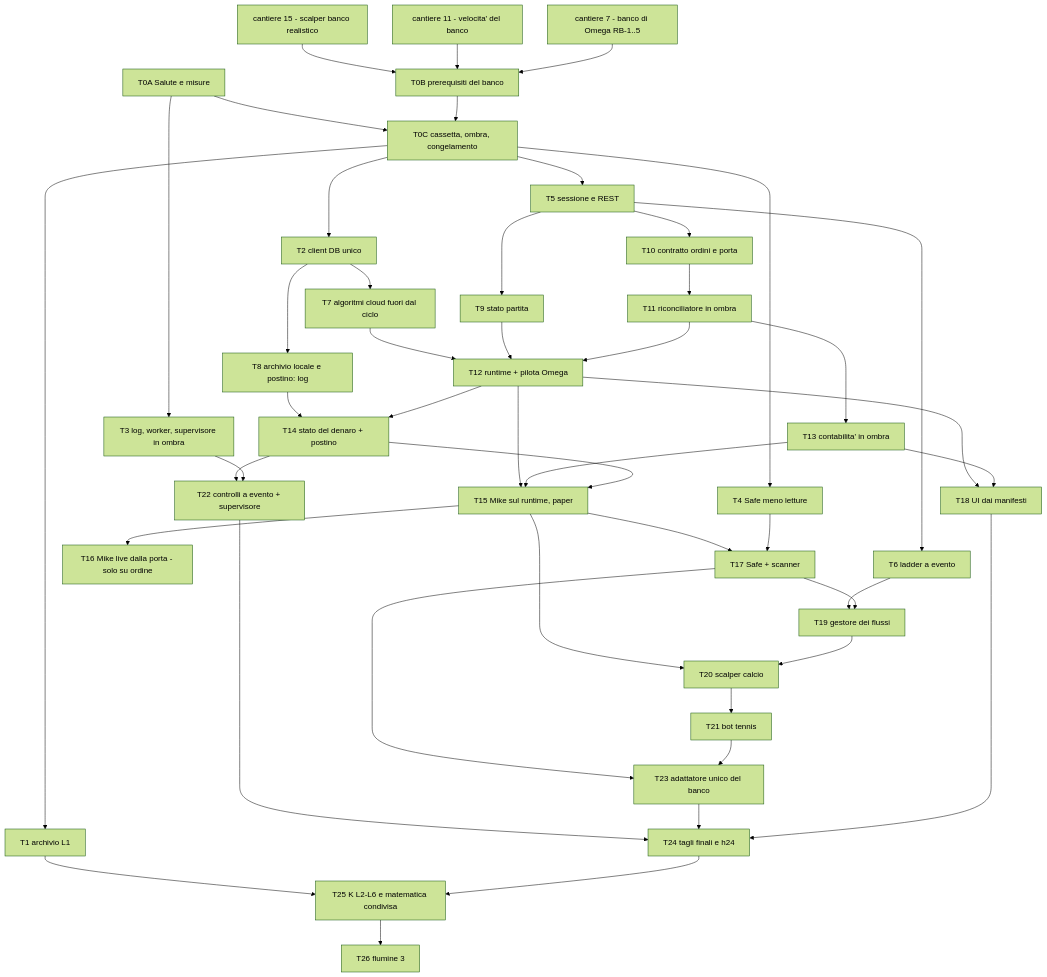
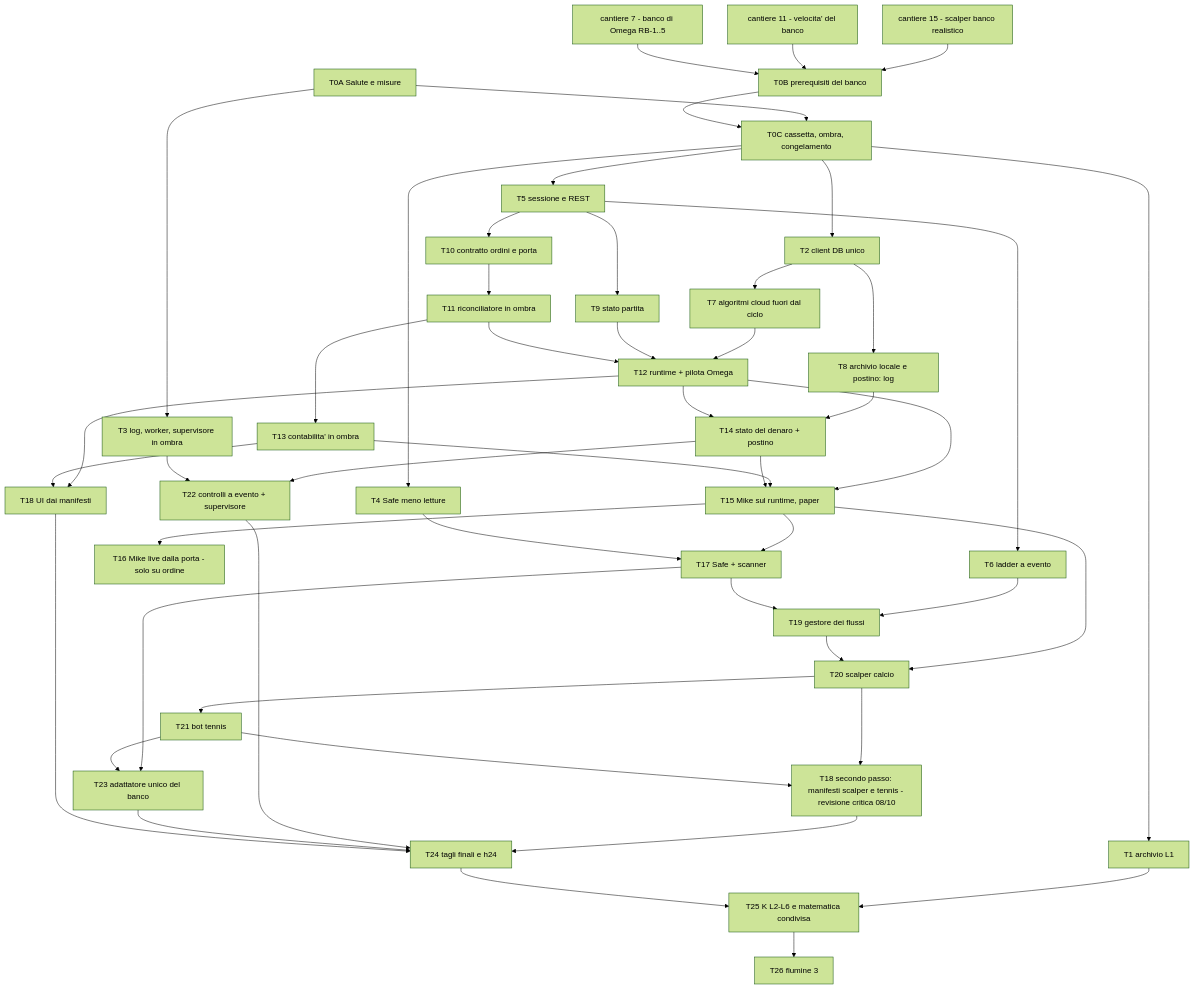
Before and after one commit to Dani91x/python-database-automation: the diagram in ARCHITETTURA_2026-10/05_PIANO_DI_MIGRAZIONE.md, drawn with Mermaid (forest theme). The commit also changed other lines of this file and 10 other files, not shown here.

Commit message:
docs(architettura): revisione critica 08 (24 rilievi, U-80..U-86), completezza tabella per tabella in G

````diff
--- a/ARCHITETTURA_2026-10/05_PIANO_DI_MIGRAZIONE.md
+++ b/ARCHITETTURA_2026-10/05_PIANO_DI_MIGRAZIONE.md
@@ -657,48 +697,51 @@
 ```mermaid
 graph TD
   C15[cantiere 15 - scalper banco realistico] --> T0B
   C11[cantiere 11 - velocita' del banco] --> T0B
   C7[cantiere 7 - banco di Omega RB-1..5] --> T0B
   T0A[T0A Salute e misure] --> T0C
   T0B[T0B prerequisiti del banco] --> T0C[T0C cassetta, ombra, congelamento]
   T0C --> T1[T1 archivio L1]
   T0C --> T2[T2 client DB unico]
   T0A --> T3[T3 log, worker, supervisore in ombra]
   T0C --> T4[T4 Safe meno letture]
   T0C --> T5[T5 sessione e REST]
   T5 --> T6[T6 ladder a evento]
   T2 --> T7[T7 algoritmi cloud fuori dal ciclo]
   T2 --> T8[T8 archivio locale e postino: log]
   T5 --> T9[T9 stato partita]
   T5 --> T10[T10 contratto ordini e porta]
   T10 --> T11[T11 riconciliatore in ombra]
   T7 --> T12[T12 runtime + pilota Omega]
   T9 --> T12
   T11 --> T12
   T11 --> T13[T13 contabilita' in ombra]
   T8 --> T14[T14 stato del denaro + postino]
   T12 --> T14
   T12 --> T15[T15 Mike sul runtime, paper]
   T13 --> T15
   T14 --> T15
   T15 --> T16[T16 Mike live dalla porta - solo su ordine]
   T15 --> T17[T17 Safe + scanner]
   T4 --> T17
   T12 --> T18[T18 UI dai manifesti]
   T13 --> T18
+  T20 --> T18b[T18 secondo passo: manifesti scalper e tennis - revisione critica 08/10]
+  T21 --> T18b
+  T18b --> T24
   T6 --> T19[T19 gestore dei flussi]
   T17 --> T19
   T15 --> T20[T20 scalper calcio]
   T19 --> T20
   T20 --> T21[T21 bot tennis]
   T14 --> T22[T22 controlli a evento + supervisore]
   T3 --> T22
   T17 --> T23[T23 adattatore unico del banco]
   T21 --> T23
   T22 --> T24[T24 tagli finali e h24]
   T23 --> T24
   T18 --> T24
   T1 --> T25[T25 K L2-L6 e matematica condivisa]
   T24 --> T25
   T25 --> T26[T26 flumine 3]
 ```
````
